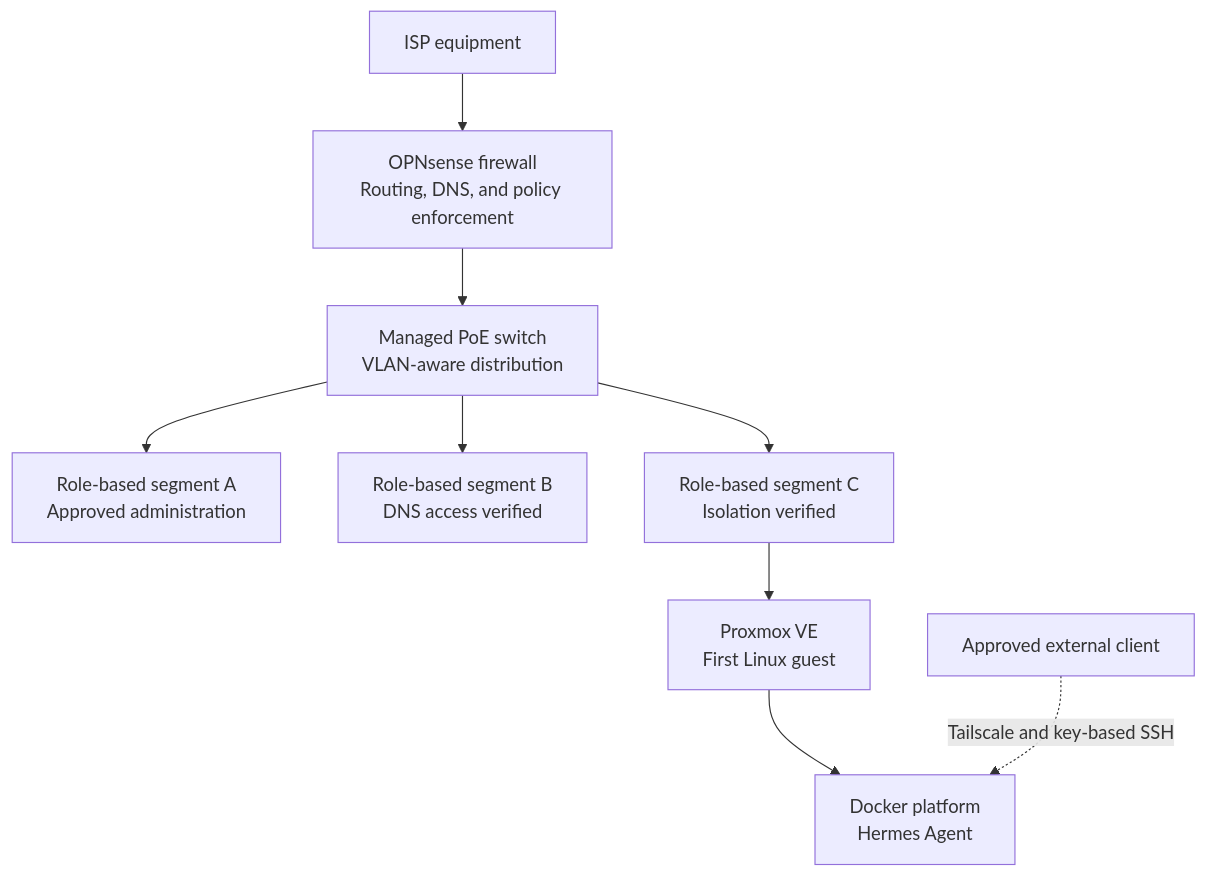
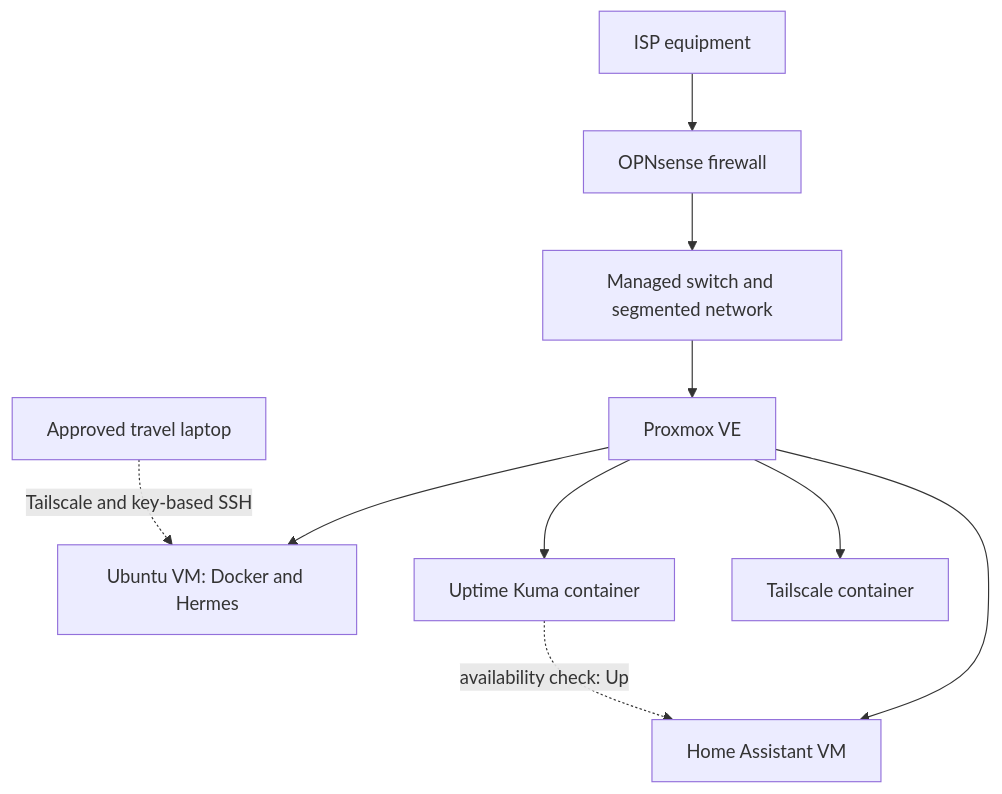
One commit to DeadPol8789/homelab changed the first of 2 diagrams in docs/architecture.md. Above: the diagram before and after it, drawn with Mermaid. The commit also changed other lines of this file and 13 other files, not shown here.

First line of the commit message:
Document Home Assistant and initial monitoring (#10)

````diff
--- a/docs/architecture.md
+++ b/docs/architecture.md
@@ -19,11 +29,12 @@
 ```mermaid
 flowchart TD
-    ISP["ISP equipment"] --> FW["OPNsense firewall<br/>Routing, DNS, and policy enforcement"]
-    FW --> SW["Managed PoE switch<br/>VLAN-aware distribution"]
-    SW --> SEG_A["Role-based segment A<br/>Approved administration"]
-    SW --> SEG_B["Role-based segment B<br/>DNS access verified"]
-    SW --> SEG_C["Role-based segment C<br/>Isolation verified"]
-    SEG_C --> PVE["Proxmox VE<br/>First Linux guest"]
-    PVE --> HERMES["Docker platform<br/>Hermes Agent"]
-    REMOTE["Approved external client"] -. "Tailscale and key-based SSH" .-> HERMES
+    ISP["ISP equipment"] --> FW["OPNsense firewall"]
+    FW --> SW["Managed switch and segmented network"]
+    SW --> PVE["Proxmox VE"]
+    PVE --> HERMES["Ubuntu VM: Docker and Hermes"]
+    PVE --> HA["Home Assistant VM"]
+    PVE --> KUMA["Uptime Kuma container"]
+    PVE --> TS["Tailscale container"]
+    KUMA -. "availability check: Up" .-> HA
+    REMOTE["Approved travel laptop"] -. "Tailscale and key-based SSH" .-> HERMES
 ```
````
